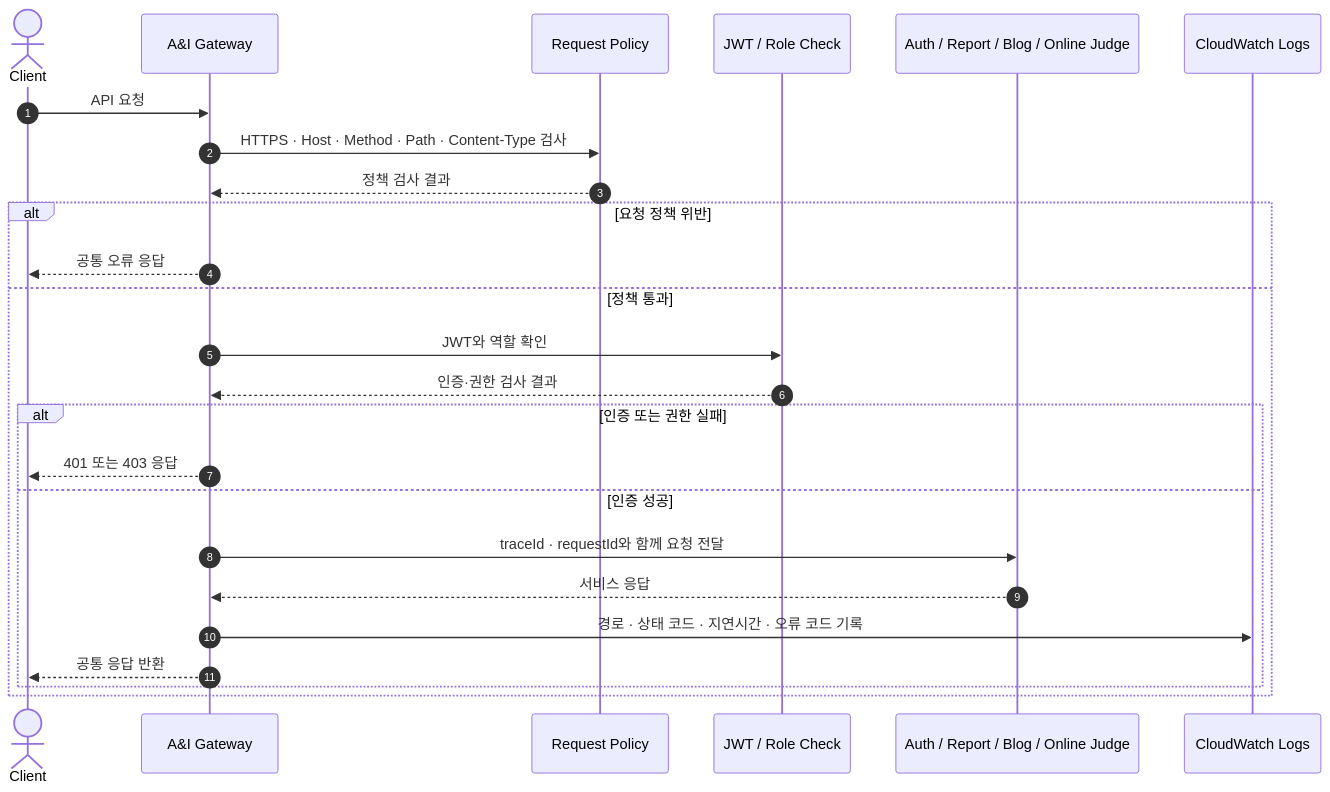
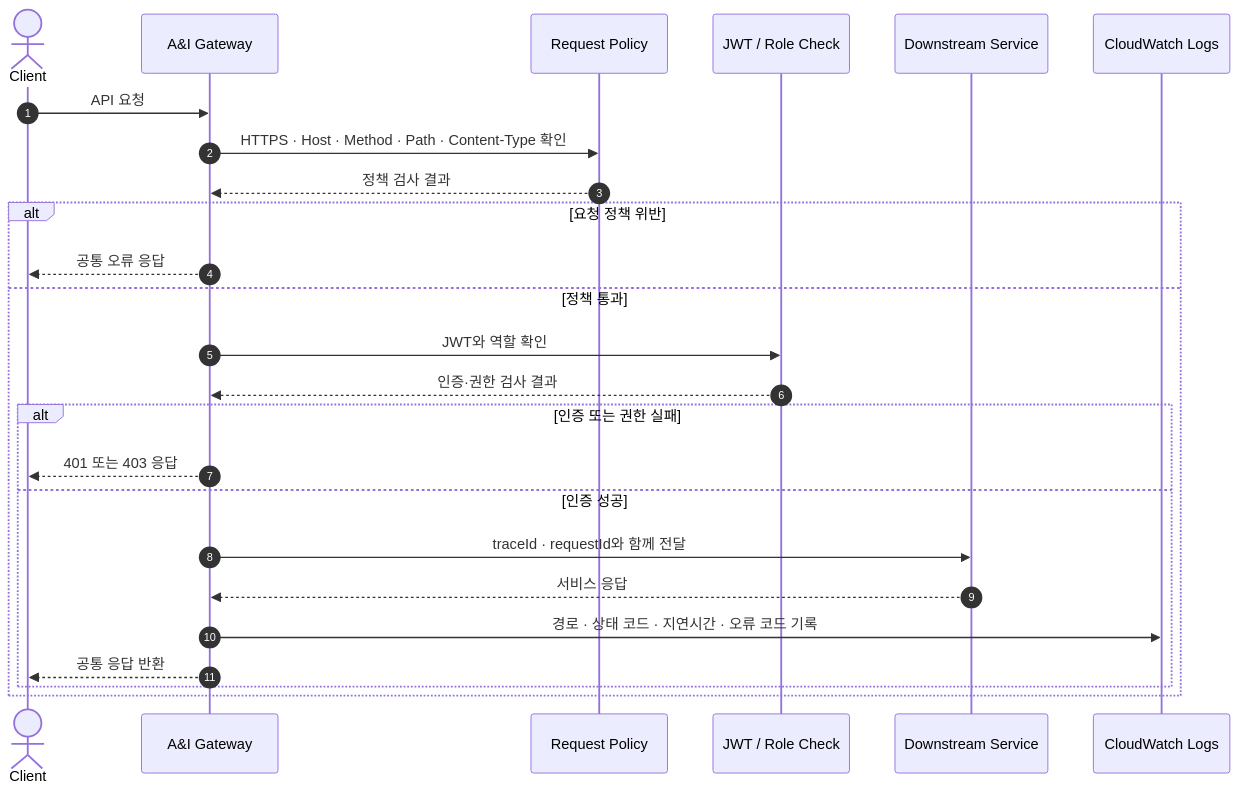
Before and after one commit to Team-AnI/A-AND-I-GATEWAY-SERVER: the first of 2 diagrams in README.md, drawn with Mermaid. The commit also changed other lines of this file and 5 other files, not shown here.

First line of the commit message:
docs(readme): finalize gateway architecture and performance assets

````diff
--- a/README.md
+++ b/README.md
@@ -24,30 +23,30 @@
 ```mermaid
 sequenceDiagram
     autonumber
     actor Client
     participant Gateway as A&I Gateway
     participant Policy as Request Policy
     participant Security as JWT / Role Check
-    participant Service as Auth / Report / Blog / Online Judge
+    participant Service as Downstream Service
     participant Logs as CloudWatch Logs
 
     Client->>Gateway: API 요청
-    Gateway->>Policy: HTTPS · Host · Method · Path · Content-Type 검사
+    Gateway->>Policy: HTTPS · Host · Method · Path · Content-Type 확인
     Policy-->>Gateway: 정책 검사 결과
 
     alt 요청 정책 위반
         Gateway-->>Client: 공통 오류 응답
     else 정책 통과
         Gateway->>Security: JWT와 역할 확인
         Security-->>Gateway: 인증·권한 검사 결과
 
         alt 인증 또는 권한 실패
             Gateway-->>Client: 401 또는 403 응답
         else 인증 성공
-            Gateway->>Service: traceId · requestId와 함께 요청 전달
+            Gateway->>Service: traceId · requestId와 함께 전달
             Service-->>Gateway: 서비스 응답
             Gateway->>Logs: 경로 · 상태 코드 · 지연시간 · 오류 코드 기록
             Gateway-->>Client: 공통 응답 반환
         end
     end
 ```
````
